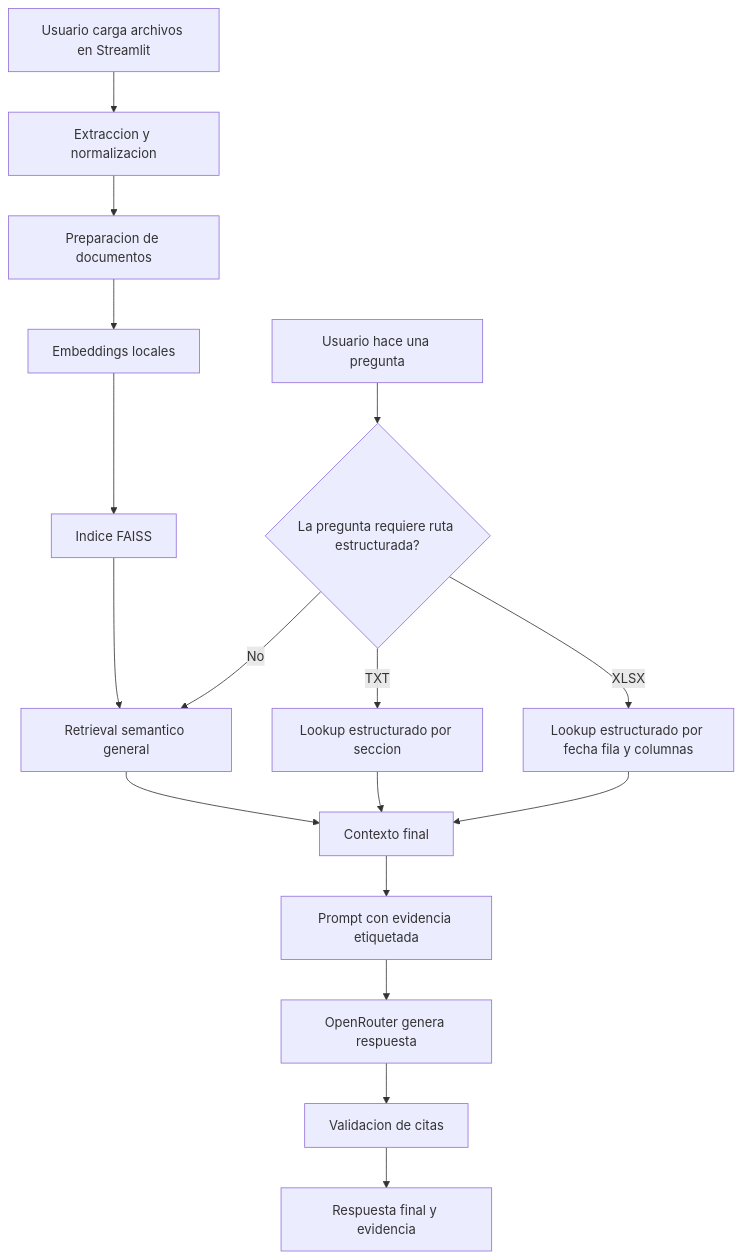
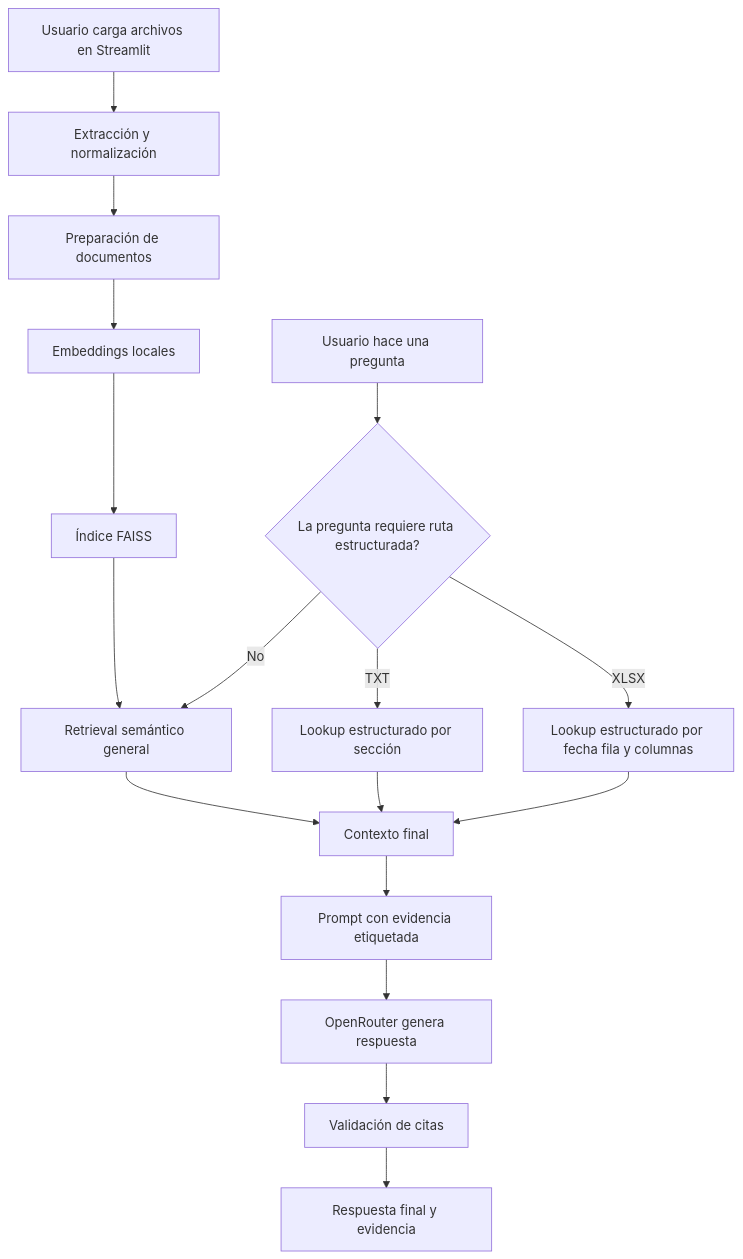
Before and after one commit to MauPos04/RAG_BIOS: the first of 4 diagrams in README2.md, drawn with Mermaid. The commit also changed other lines of this file and 1 other file, not shown here.

````diff
--- a/README2.md
+++ b/README2.md
@@ -15,19 +15,19 @@
 ```mermaid
 flowchart TD
-    A[Usuario carga archivos en Streamlit] --> B[Extraccion y normalizacion]
-    B --> C[Preparacion de documentos]
+    A[Usuario carga archivos en Streamlit] --> B[Extracción y normalización]
+    B --> C[Preparación de documentos]
     C --> D[Embeddings locales]
-    D --> E[Indice FAISS]
+    D --> E[Índice FAISS]
     F[Usuario hace una pregunta] --> G{La pregunta requiere ruta estructurada?}
-    E --> H[Retrieval semantico general]
+    E --> H[Retrieval semántico general]
     G -- XLSX --> I[Lookup estructurado por fecha fila y columnas]
-    G -- TXT --> J[Lookup estructurado por seccion]
+    G -- TXT --> J[Lookup estructurado por sección]
     G -- No --> H
     I --> K[Contexto final]
     J --> K
     H --> K
     K --> L[Prompt con evidencia etiquetada]
     L --> M[OpenRouter genera respuesta]
-    M --> N[Validacion de citas]
+    M --> N[Validación de citas]
     N --> O[Respuesta final y evidencia]
 ```
````
